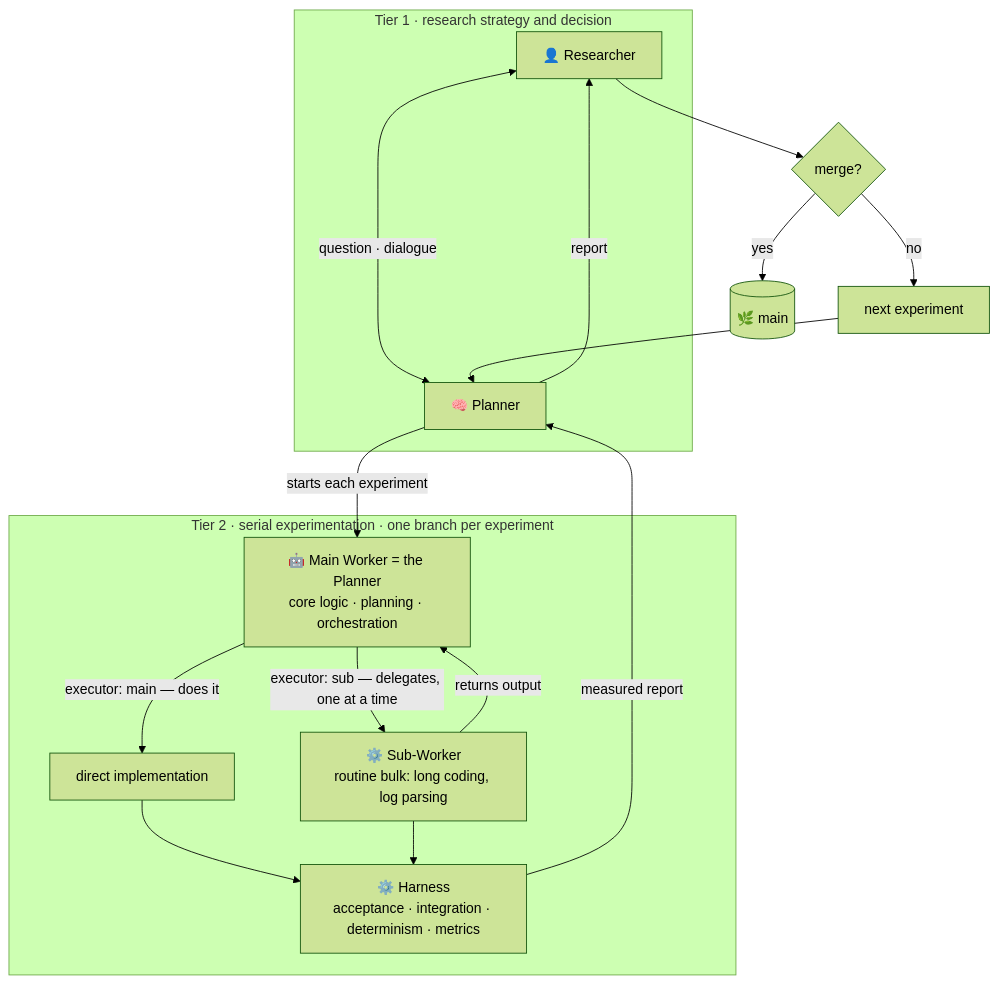
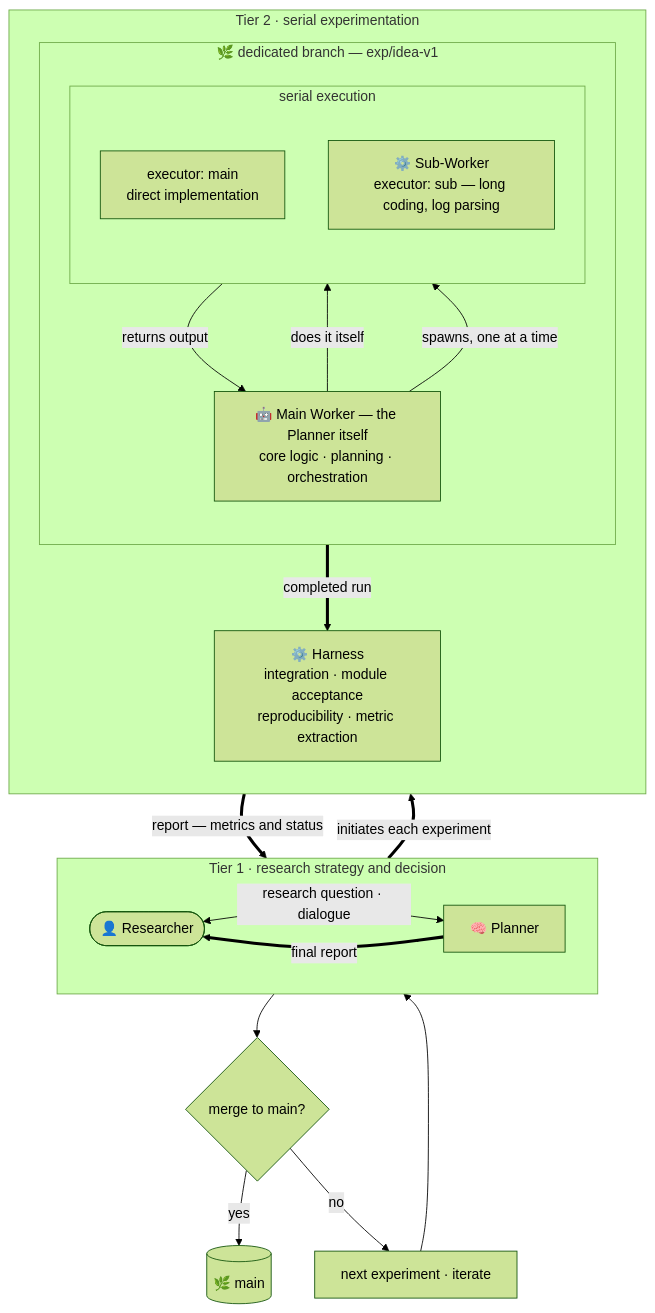
Before and after one commit to teasol/harness-template: the first of 3 diagrams in README.md, drawn with Mermaid (forest theme).

Commit message:
docs: put the two-tier diagram in the README, faithfully
Replaces the flattened sketch with the structure the model actually has: the
Tier 1 dialogue, the dedicated branch, the Main Worker inside it with its
serial-execution block, the Sub-Worker returning output, the harness reading
whatever comes out, and the merge decision looping back into the next
experiment.

"Planner" stays the name throughout — Main Worker describes what it does inside
an experiment, not a rename.

Two things the source diagram needed before it would render on GitHub: `\n` in
node labels is literal in mermaid and had to become `<br/>`, and every label
carrying punctuation is quoted.

Verified by parsing it with mermaid 11 itself under jsdom rather than by
eyeballing the brackets — along with the other five diagrams in the docs, all
of which parse.

````diff
--- a/README.md
+++ b/README.md
@@ -281,23 +281,33 @@
 ```mermaid
 flowchart TD
     subgraph T1 ["Tier 1 · research strategy and decision"]
-        R["👤 Researcher"] <-->|"question · dialogue"| P["🧠 Planner"]
+        direction LR
+        U(["👤 Researcher"]) <-->|"research question · dialogue"| P["🧠 Planner"]
     end
 
-    subgraph T2 ["Tier 2 · serial experimentation · one branch per experiment"]
-        M["🤖 Main Worker = the Planner<br/>core logic · planning · orchestration"]
-        M -->|"executor: main — does it"| D["direct implementation"]
-        M -->|"executor: sub — delegates, one at a time"| S["⚙️ Sub-Worker<br/>routine bulk: long coding, log parsing"]
-        S -->|"returns output"| M
-        H["⚙️ Harness<br/>acceptance · integration · determinism · metrics"]
+    subgraph T2 ["Tier 2 · serial experimentation"]
+        direction TB
+        subgraph BR ["🌿 dedicated branch — exp/idea-v1"]
+            direction TB
+            MW["🤖 Main Worker — the Planner itself<br/>core logic · planning · orchestration"]
+            subgraph EX ["serial execution"]
+                direction TB
+                SELF["executor: main<br/>direct implementation"]
+                SUB["⚙️ Sub-Worker<br/>executor: sub — long coding, log parsing"]
+            end
+            MW -->|"does it itself"| SELF
+            MW -->|"spawns, one at a time"| SUB
+            SUB -->|"returns output"| MW
+        end
+        H["⚙️ Harness<br/>integration · module acceptance<br/>reproducibility · metric extraction"]
     end
 
-    P -->|"starts each experiment"| M
-    D & S --> H
-    H -->|"measured report"| P
-    P -->|"report"| R
-    R --> DEC{"merge?"}
-    DEC -->|yes| MAIN[("🌿 main")]
-    DEC -->|no| NEXT["next experiment"]
+    P ==>|"initiates each experiment"| MW
+    EX ==>|"completed run"| H
+    H ==>|"report — metrics and status"| P
+    P ==>|"final report"| U
+    U --> DEC{"merge to main?"}
+    DEC -->|"yes"| MAIN[("🌿 main")]
+    DEC -->|"no"| NEXT["next experiment · iterate"]
     NEXT --> P
 ```
````
